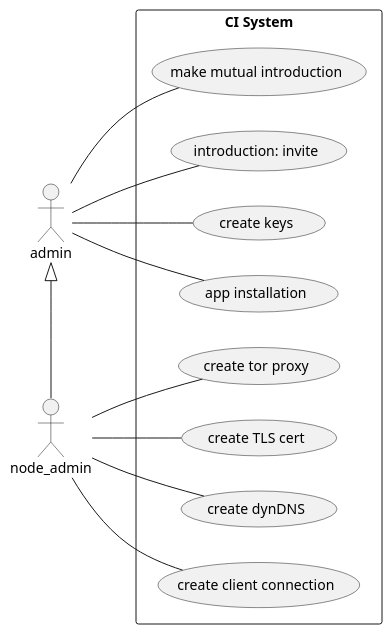
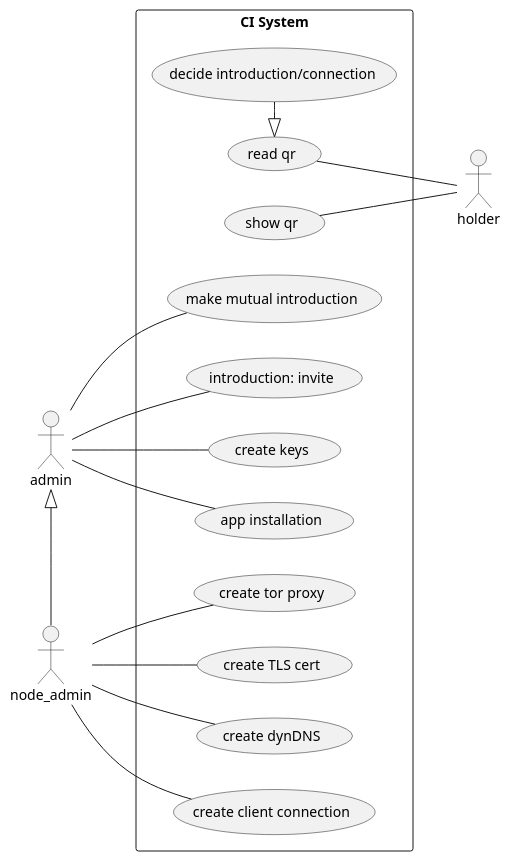
One commit to lainio/ic changed the first of 2 diagrams in README.md. Above: the diagram before and after it, drawn with PlantUML. The commit also changed other lines of this file, not shown here.

````diff
--- a/README.md
+++ b/README.md
@@ -22,23 +22,27 @@
 ```plantuml
 @startuml
 left to right direction
 skinparam packageStyle rectangle
 
+actor holder
 actor admin
 actor node_admin
 
 rectangle "CI System" {
+  (show qr) -- holder
+  (read qr) <|- (decide introduction/connection)
+  (read qr) -- holder
   admin -- (make mutual introduction)
   admin -- (introduction: invite)
   admin -- (create keys)
   admin -- (app installation)
 
   node_admin -- (create tor proxy)
   node_admin -- (create TLS cert)
   node_admin -- (create dynDNS)
   node_admin -- (create client connection)
 }
 
 admin <|- node_admin
 @enduml
 ```
````
